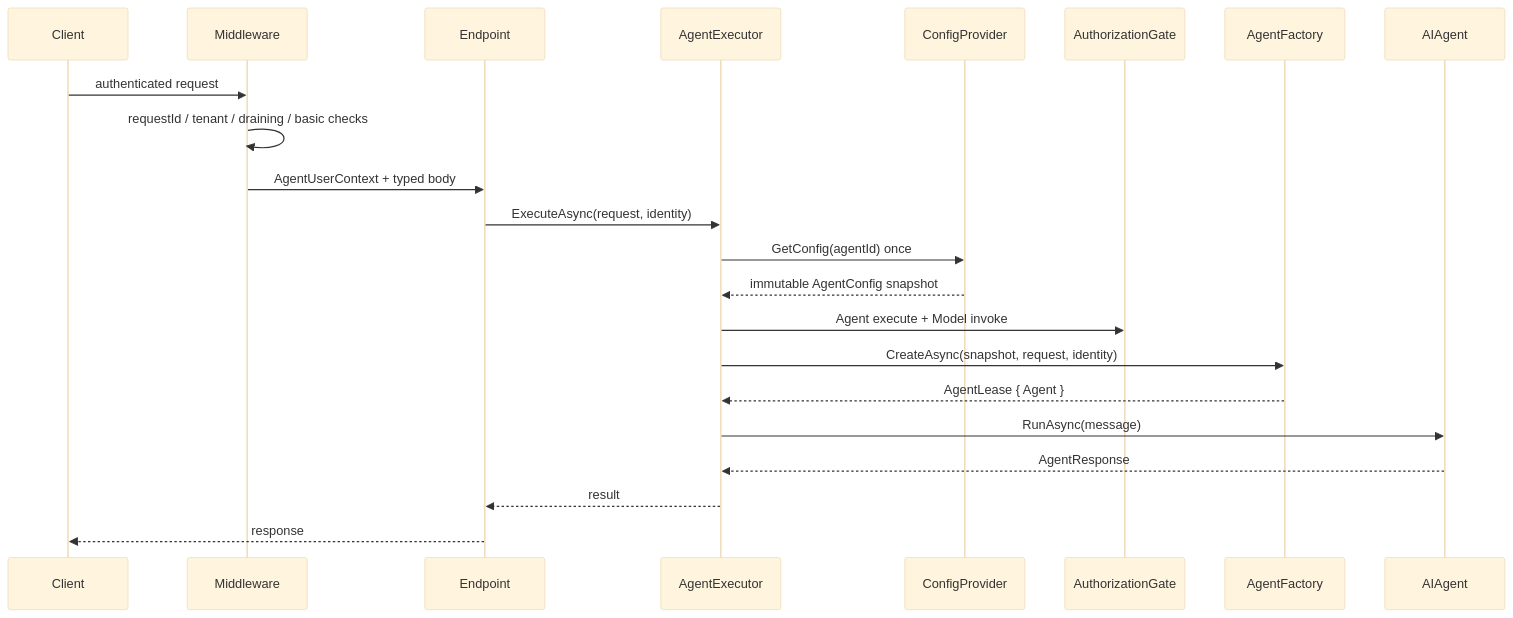
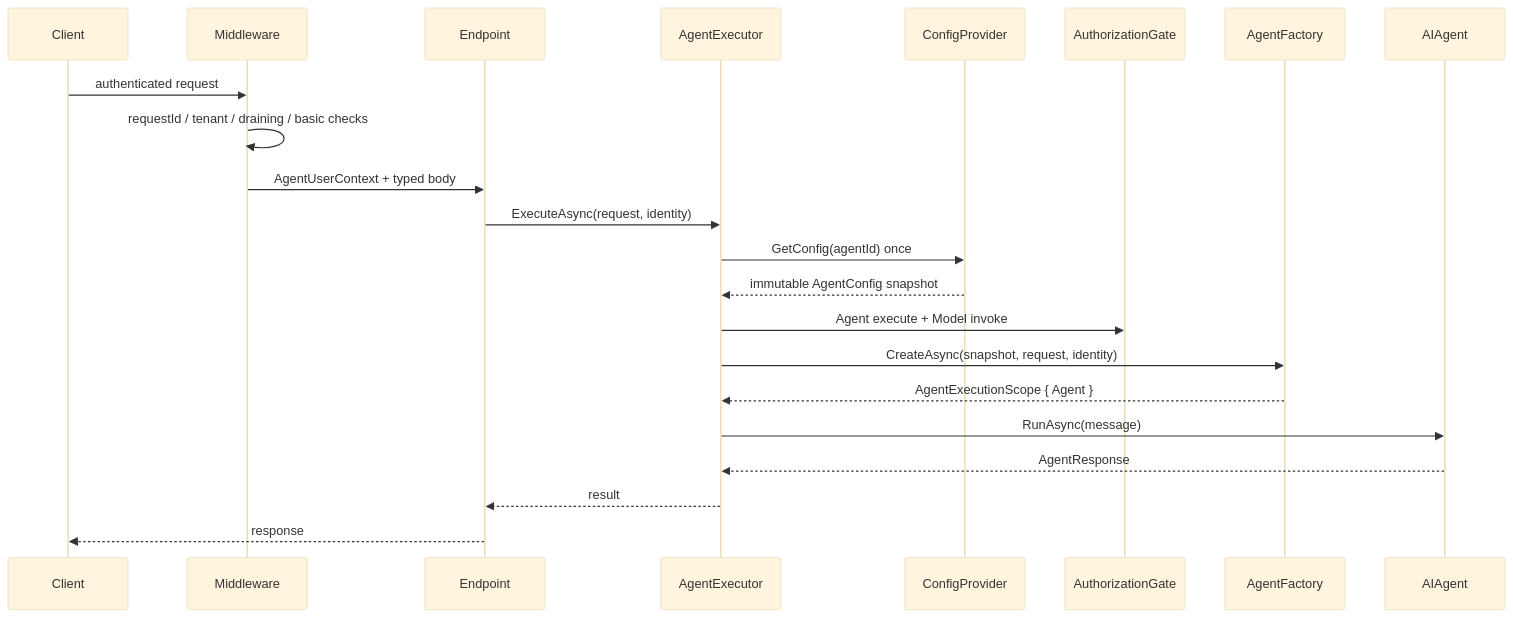
Before and after one commit to philfanzhou/OpenAgent: the third of 3 diagrams in docs/planning/2026-08-03-engine-core-agent-runtime-redesign.md, drawn with Mermaid (base theme). The commit also changed other lines of this file and 8 other files, not shown here.

````diff
--- a/docs/planning/2026-08-03-engine-core-agent-runtime-redesign.md
+++ b/docs/planning/2026-08-03-engine-core-agent-runtime-redesign.md
@@ -406,25 +406,25 @@
 ```mermaid
 sequenceDiagram
     participant Client
     participant MW as Middleware
     participant API as Endpoint
     participant Exec as AgentExecutor
     participant Config as ConfigProvider
     participant ACL as AuthorizationGate
     participant Factory as AgentFactory
     participant Agent as AIAgent
 
     Client->>MW: authenticated request
     MW->>MW: requestId / tenant / draining / basic checks
     MW->>API: AgentUserContext + typed body
     API->>Exec: ExecuteAsync(request, identity)
     Exec->>Config: GetConfig(agentId) once
     Config-->>Exec: immutable AgentConfig snapshot
     Exec->>ACL: Agent execute + Model invoke
     Exec->>Factory: CreateAsync(snapshot, request, identity)
-    Factory-->>Exec: AgentLease { Agent }
+    Factory-->>Exec: AgentExecutionScope { Agent }
     Exec->>Agent: RunAsync(message)
     Agent-->>Exec: AgentResponse
     Exec-->>API: result
     API-->>Client: response
 ```
````
